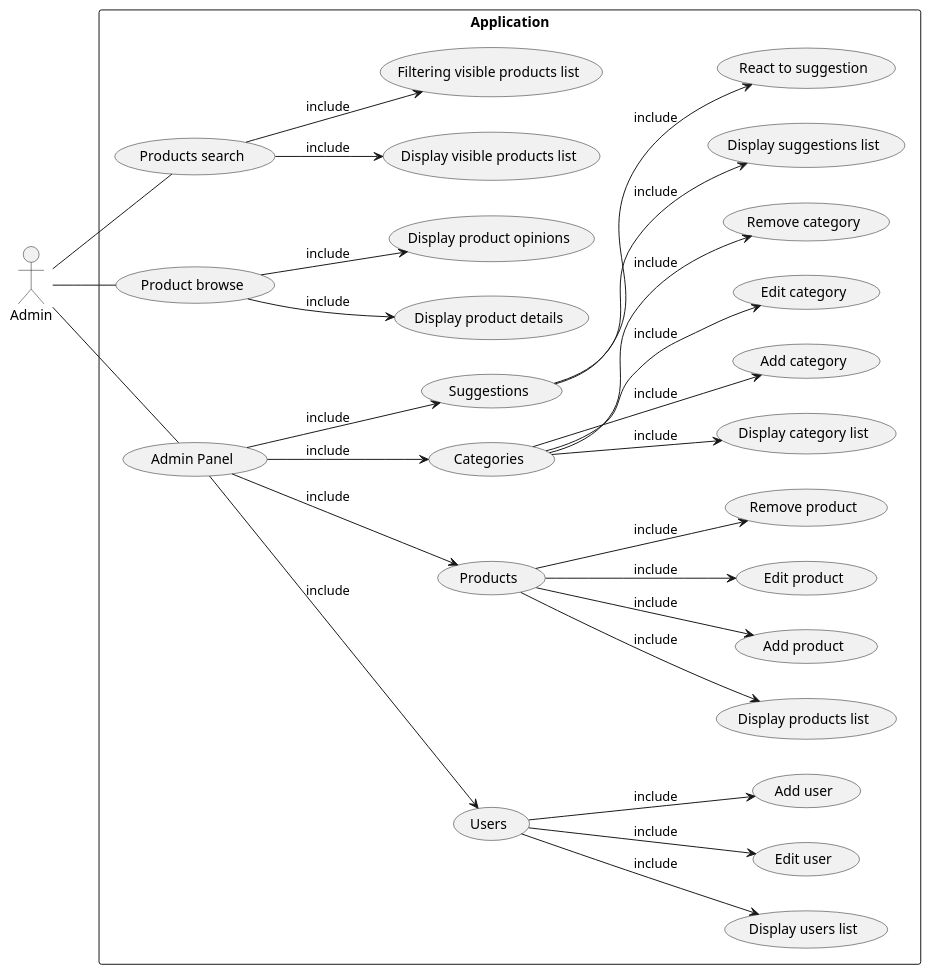
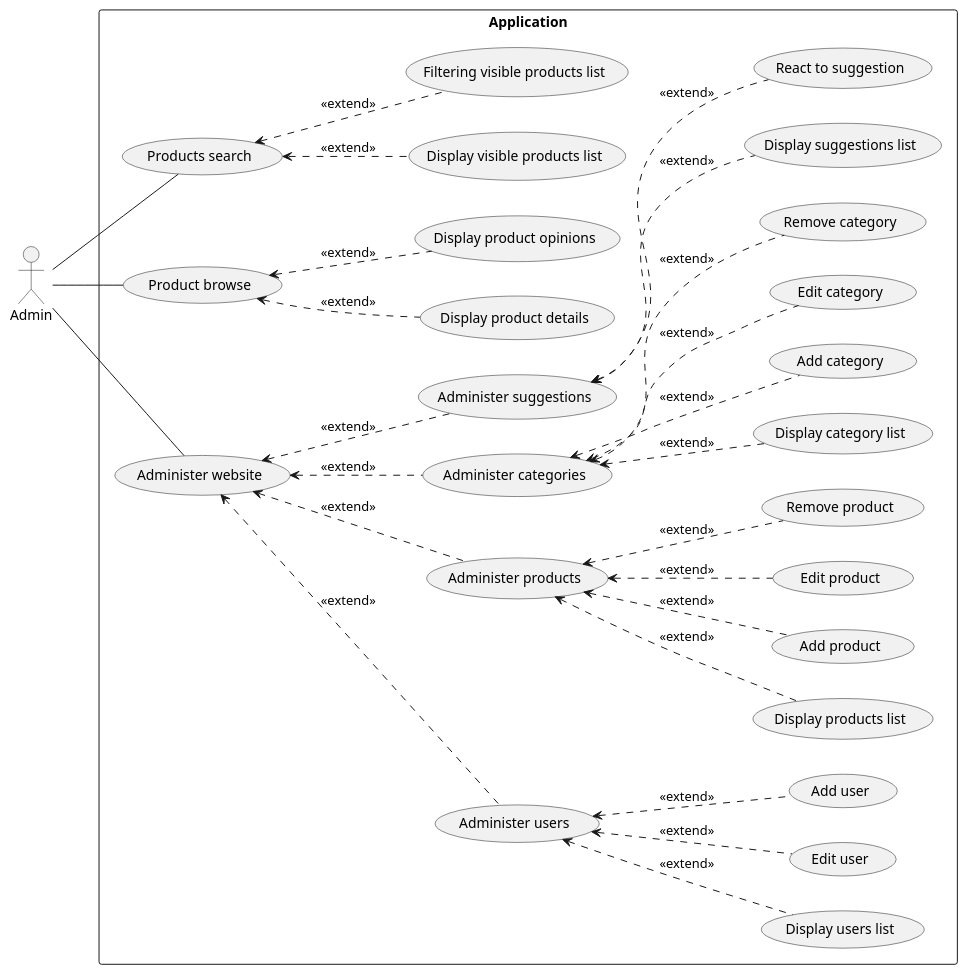
The fifth of 5 diagrams in README.md (RadekBucki/OpinionCollectorArchitecture), drawn with PlantUML before and after one commit. The commit also changed other lines of this file, not shown here.

Commit message:
Usages diagram relation fix

````diff
--- a/README.md
+++ b/README.md
@@ -127,43 +127,43 @@
 ```plantuml
 @startuml
 
 left to right direction
 
 actor Admin AS admin
 
 rectangle Application {
     admin -- (Products search)
     admin -- (Product browse)
-    admin -- (Admin Panel)
+    admin -- (Administer website)
     
-    (Products search) --> (Display visible products list) : include
-    (Products search) --> (Filtering visible products list) : include
+    (Products search) <.. (Display visible products list): <<extend>>
+    (Products search) <.. (Filtering visible products list): <<extend>>
     
-    (Product browse) --> (Display product details) : include
-    (Product browse) --> (Display product opinions) : include
+    (Product browse) <.. (Display product details): <<extend>>
+    (Product browse) <.. (Display product opinions): <<extend>>
     
-    (Admin Panel) --> (Users) : include
-    (Admin Panel) --> (Products) : include
-    (Admin Panel) --> (Categories) : include
-    (Admin Panel) --> (Suggestions) : include
+    (Administer website) <.. (Administer users): <<extend>>
+    (Administer website) <.. (Administer products): <<extend>>
+    (Administer website) <.. (Administer categories): <<extend>>
+    (Administer website) <.. (Administer suggestions): <<extend>>
     
-    (Users) --> (Display users list) : include
-    (Users) --> (Edit user) : include
-    (Users) --> (Add user) : include
+    (Administer users) <.. (Display users list): <<extend>>
+    (Administer users) <.. (Edit user): <<extend>>
+    (Administer users) <.. (Add user): <<extend>>
     
-    (Products) --> (Display products list) : include
-    (Products) --> (Add product) : include
-    (Products) --> (Edit product) : include
-    (Products) --> (Remove product) : include
+    (Administer products) <.. (Display products list): <<extend>>
+    (Administer products) <.. (Add product): <<extend>>
+    (Administer products) <.. (Edit product): <<extend>>
+    (Administer products) <.. (Remove product): <<extend>>
     
-    (Categories) --> (Display category list) : include
-    (Categories) --> (Add category) : include
-    (Categories) --> (Edit category) : include
-    (Categories) --> (Remove category) : include
+    (Administer categories) <.. (Display category list): <<extend>>
+    (Administer categories) <.. (Add category): <<extend>>
+    (Administer categories) <.. (Edit category): <<extend>>
+    (Administer categories) <.. (Remove category): <<extend>>
     
-    (Suggestions) --> (Display suggestions list) : include
-    (Suggestions) --> (React to suggestion) : include
+    (Administer suggestions) <.. (Display suggestions list): <<extend>>
+    (Administer suggestions) <.. (React to suggestion): <<extend>>
 }
 
 @enduml
 ```
````
